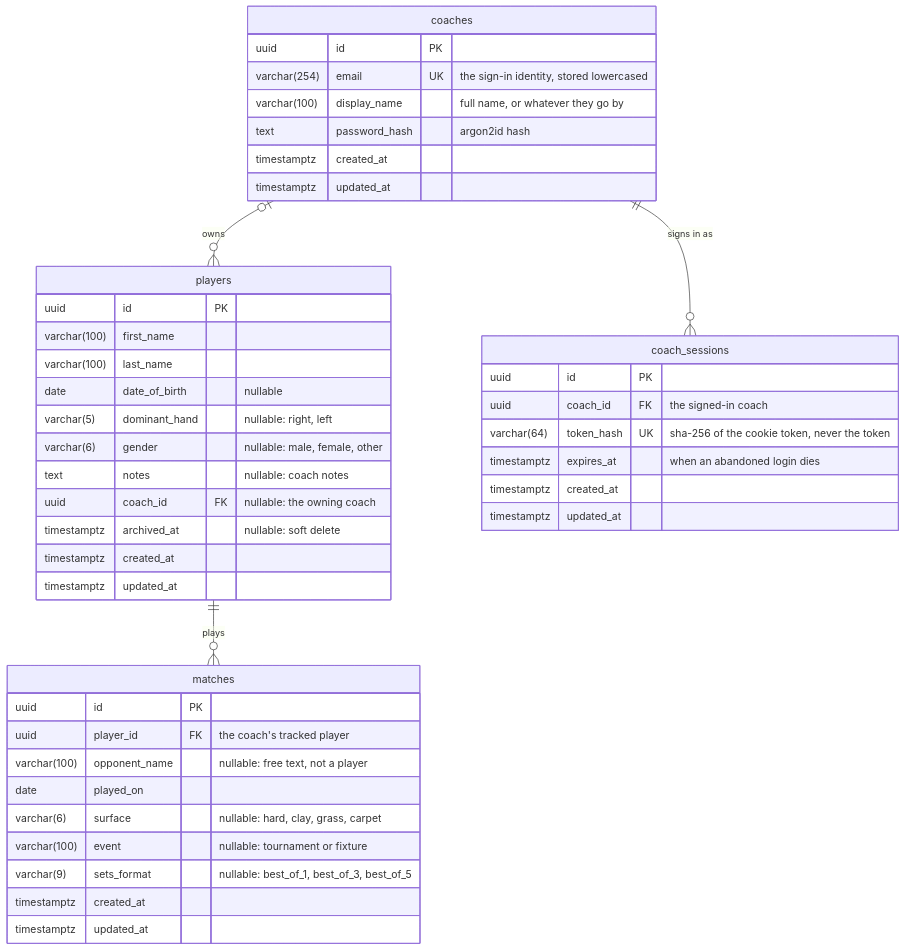
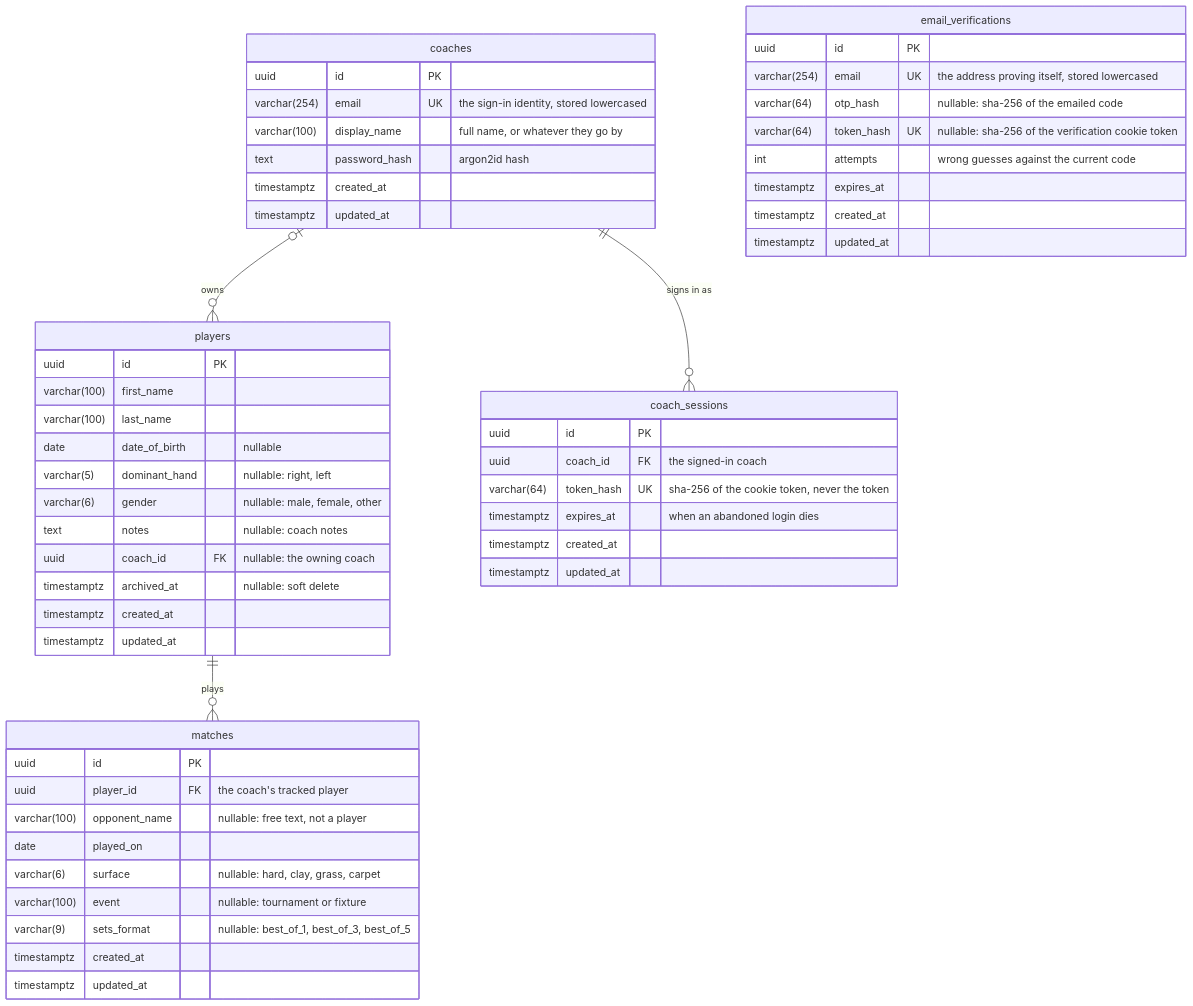
Before and after one commit to tkabalin/matchpoint: the diagram in docs/data-model.md, drawn with Mermaid. The commit also changed other lines of this file and 3 other files, not shown here.

First line of the commit message:
feat(api): add the email verifications table

````diff
--- a/docs/data-model.md
+++ b/docs/data-model.md
@@ -12,50 +12,61 @@
 ```mermaid
 erDiagram
     coaches |o--o{ players : owns
     coaches ||--o{ coach_sessions : "signs in as"
     players ||--o{ matches : plays
 
     coaches {
         uuid id PK
         varchar(254) email UK "the sign-in identity, stored lowercased"
         varchar(100) display_name "full name, or whatever they go by"
         text password_hash "argon2id hash"
         timestamptz created_at
         timestamptz updated_at
     }
 
     coach_sessions {
         uuid id PK
         uuid coach_id FK "the signed-in coach"
         varchar(64) token_hash UK "sha-256 of the cookie token, never the token"
         timestamptz expires_at "when an abandoned login dies"
+        timestamptz created_at
+        timestamptz updated_at
+    }
+
+    email_verifications {
+        uuid id PK
+        varchar(254) email UK "the address proving itself, stored lowercased"
+        varchar(64) otp_hash "nullable: sha-256 of the emailed code"
+        varchar(64) token_hash UK "nullable: sha-256 of the verification cookie token"
+        int attempts "wrong guesses against the current code"
+        timestamptz expires_at
         timestamptz created_at
         timestamptz updated_at
     }
 
     players {
         uuid id PK
         varchar(100) first_name
         varchar(100) last_name
         date date_of_birth "nullable"
         varchar(5) dominant_hand "nullable: right, left"
         varchar(6) gender "nullable: male, female, other"
         text notes "nullable: coach notes"
         uuid coach_id FK "nullable: the owning coach"
         timestamptz archived_at "nullable: soft delete"
         timestamptz created_at
         timestamptz updated_at
     }
 
     matches {
         uuid id PK
         uuid player_id FK "the coach's tracked player"
         varchar(100) opponent_name "nullable: free text, not a player"
         date played_on
         varchar(6) surface "nullable: hard, clay, grass, carpet"
         varchar(100) event "nullable: tournament or fixture"
         varchar(9) sets_format "nullable: best_of_1, best_of_3, best_of_5"
         timestamptz created_at
         timestamptz updated_at
     }
 ```
````
